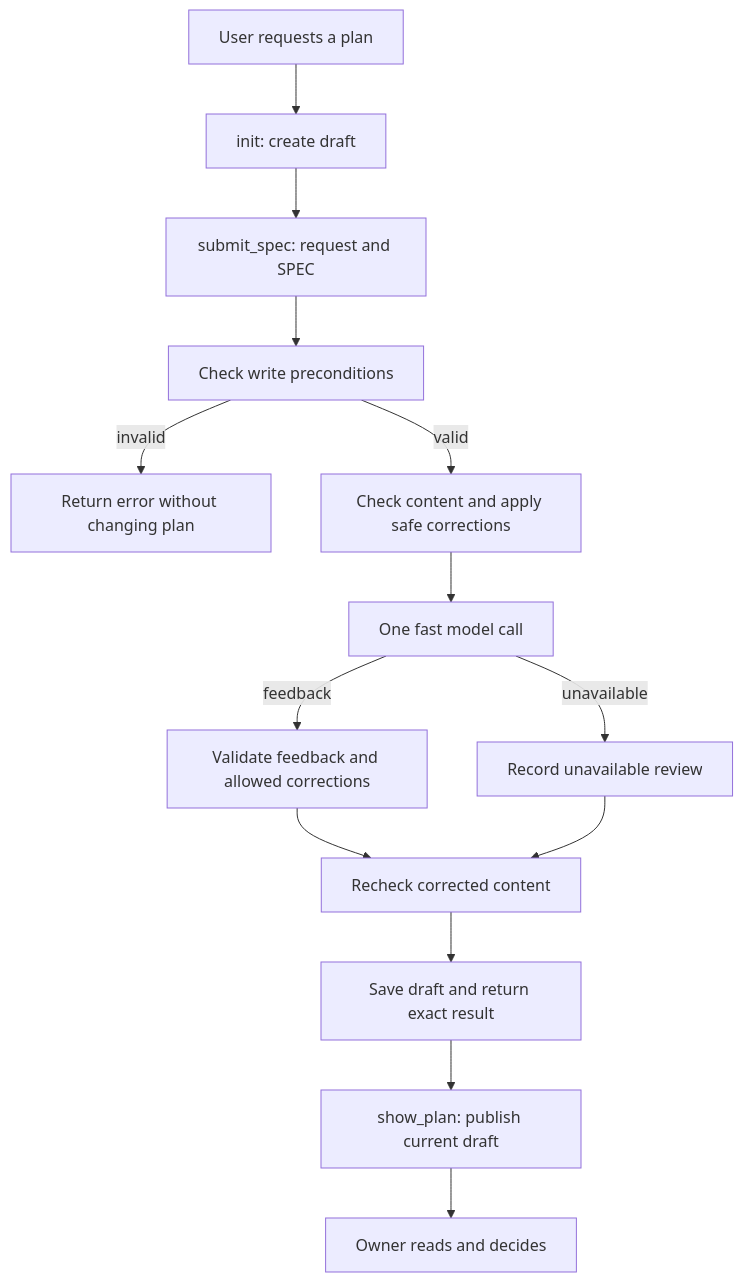
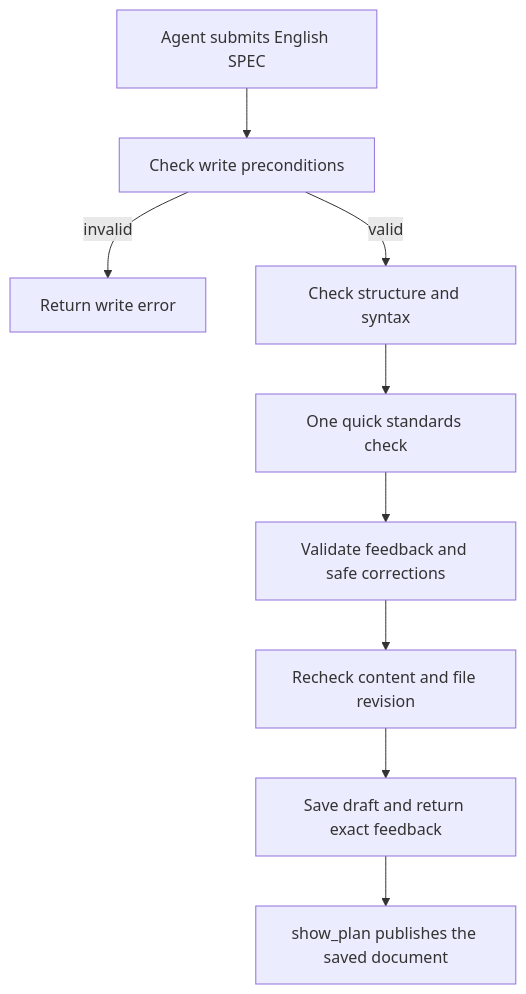
Before and after one commit to 0xmikko/0_agents: the diagram in docs/plans/planctl-mcp.md, drawn with Mermaid. The commit also changed other lines of this file, not shown here.

First line of the commit message:
docs(planctl): align MCP SPEC with English plan standards

````diff
--- a/docs/plans/planctl-mcp.md
+++ b/docs/plans/planctl-mcp.md
@@ -73,16 +57,11 @@
 ```mermaid
 flowchart TD
-  U[User requests a plan] --> I[init: create draft]
-  I --> S[submit_spec: request and SPEC]
-  S --> W[Check write preconditions]
-  W -->|invalid| E[Return error without changing plan]
-  W -->|valid| C[Check content and apply safe corrections]
-  C --> M[One fast model call]
-  M -->|feedback| F[Validate feedback and allowed corrections]
-  M -->|unavailable| N[Record unavailable review]
-  F --> R[Recheck corrected content]
-  N --> R
-  R --> D[Save draft and return exact result]
-  D --> P[show_plan: publish current draft]
-  P --> O[Owner reads and decides]
+  A[Agent submits English SPEC] --> B[Check write preconditions]
+  B -->|invalid| C[Return write error]
+  B -->|valid| D[Check structure and syntax]
+  D --> E[One quick standards check]
+  E --> F[Validate feedback and safe corrections]
+  F --> G[Recheck content and file revision]
+  G --> H[Save draft and return exact feedback]
+  H --> I[show_plan publishes the saved document]
 ```
````
